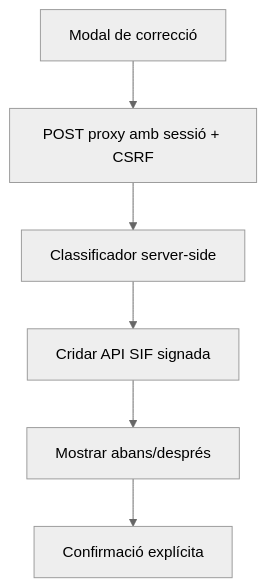
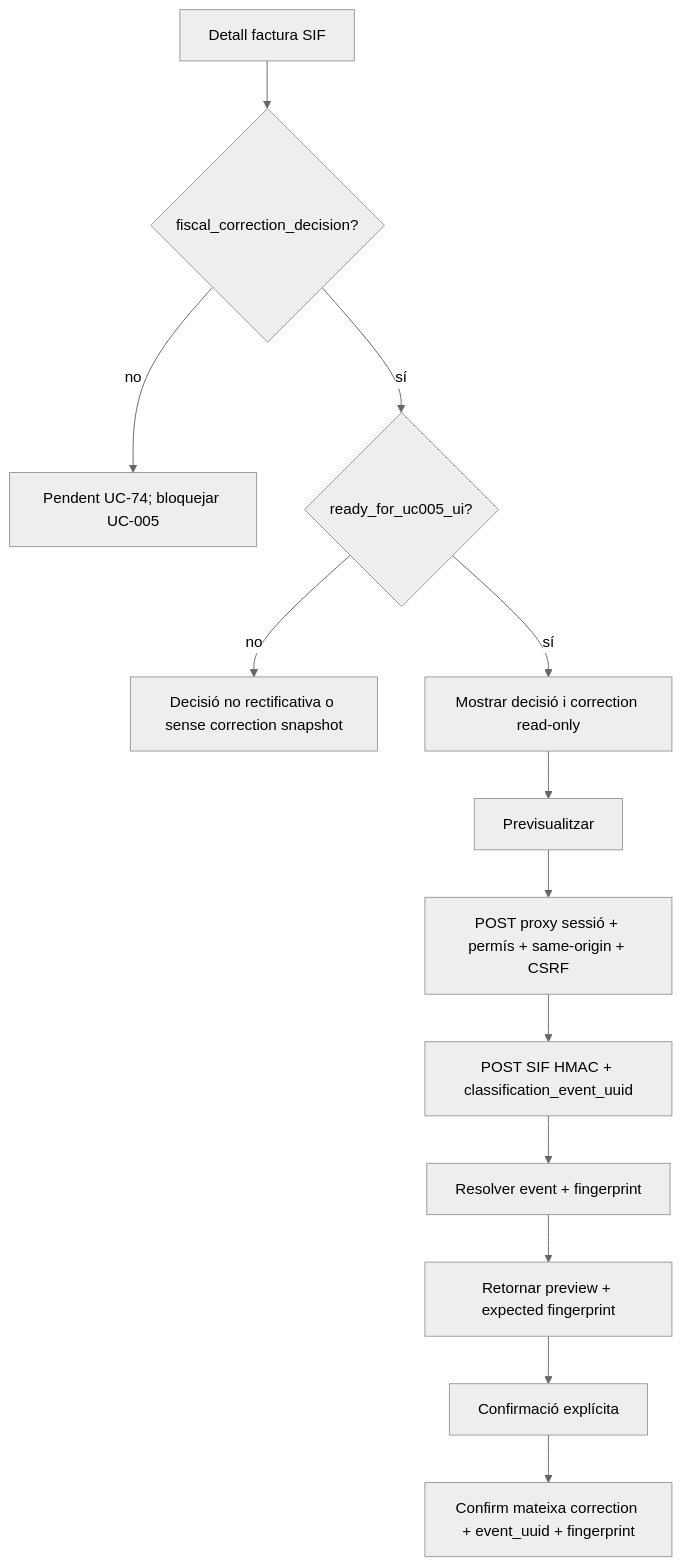
One commit to orgmeriemprismacat-del/verifactu changed the sixth of 13 diagrams in documentacio/07-uml-integrat/uc-005-activitats-pagines-actual-final.md. Above: the diagram before and after it, drawn with Mermaid (neutral theme).

Commit message:
docs(UC-005): corregeix activitat UI basada en decisio projectada

````diff
--- a/documentacio/07-uml-integrat/uc-005-activitats-pagines-actual-final.md
+++ b/documentacio/07-uml-integrat/uc-005-activitats-pagines-actual-final.md
@@ -71,8 +71,15 @@
 ```mermaid
 flowchart TD
-A[Modal de correcció] --> B[POST proxy amb sessió + CSRF]
-B --> C[Classificador server-side]
-C --> D[Cridar API SIF signada]
-D --> E[Mostrar abans/després]
-E --> F[Confirmació explícita]
+A[Detall factura SIF] --> B{fiscal_correction_decision?}
+B -- no --> C[Pendent UC-74; bloquejar UC-005]
+B -- sí --> D{ready_for_uc005_ui?}
+D -- no --> E[Decisió no rectificativa o sense correction snapshot]
+D -- sí --> F[Mostrar decisió i correction read-only]
+F --> G[Previsualitzar]
+G --> H[POST proxy sessió + permís + same-origin + CSRF]
+H --> I[POST SIF HMAC + classification_event_uuid]
+I --> J[Resolver event + fingerprint]
+J --> K[Retornar preview + expected fingerprint]
+K --> L[Confirmació explícita]
+L --> M[Confirm mateixa correction + event_uuid + fingerprint]
 ```
````
